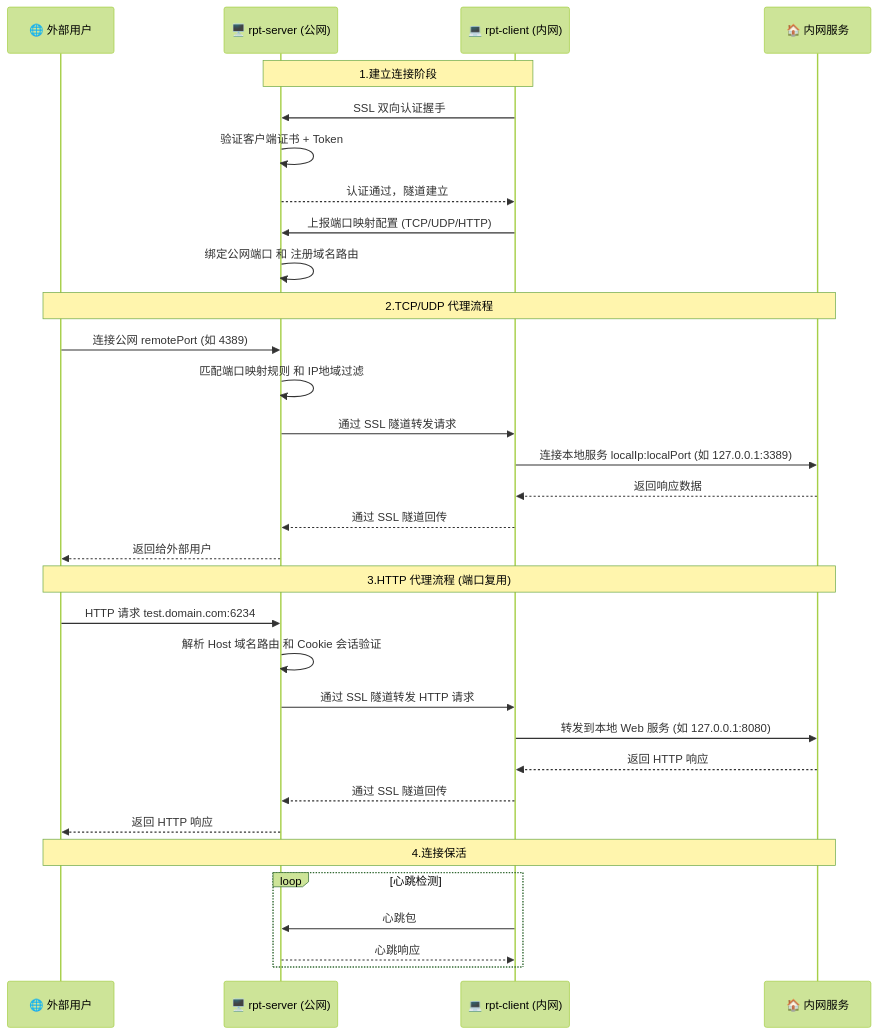
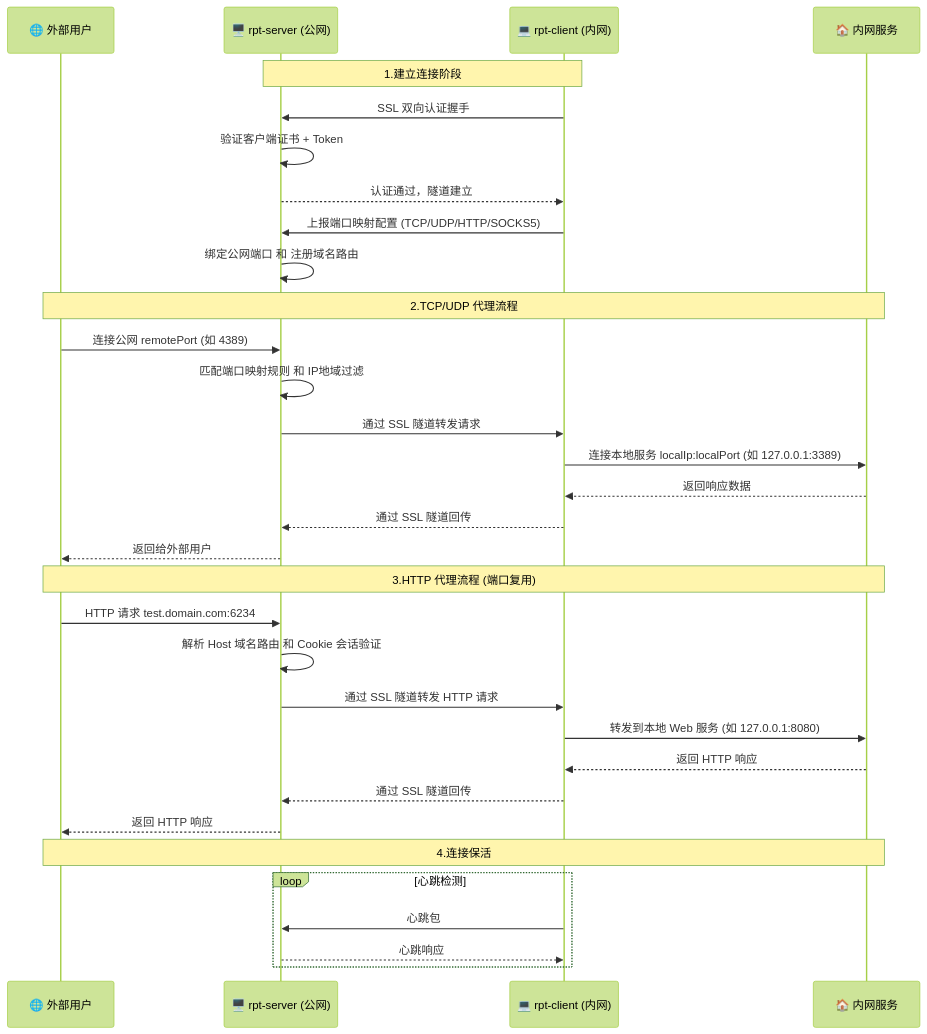
The diagram in README.md (iamlinhui/rpt), drawn with Mermaid (forest theme) before and after one commit. The commit also changed other lines of this file and 15 other files, not shown here.

````diff
--- a/README.md
+++ b/README.md
@@ -45,38 +45,38 @@
 ```mermaid
 sequenceDiagram
     participant U as 🌐 外部用户
     participant S as 🖥️ rpt-server (公网)
     participant C as 💻 rpt-client (内网)
     participant L as 🏠 内网服务
 
     Note over C,S: 1.建立连接阶段
     C->>S: SSL 双向认证握手
     S->>S: 验证客户端证书 + Token
     S-->>C: 认证通过，隧道建立
-    C->>S: 上报端口映射配置 (TCP/UDP/HTTP)
+    C->>S: 上报端口映射配置 (TCP/UDP/HTTP/SOCKS5)
     S->>S: 绑定公网端口 和 注册域名路由
 
     Note over U,L: 2.TCP/UDP 代理流程
     U->>S: 连接公网 remotePort (如 4389)
     S->>S: 匹配端口映射规则 和 IP地域过滤
     S->>C: 通过 SSL 隧道转发请求
     C->>L: 连接本地服务 localIp:localPort (如 127.0.0.1:3389)
     L-->>C: 返回响应数据
     C-->>S: 通过 SSL 隧道回传
     S-->>U: 返回给外部用户
 
     Note over U,L: 3.HTTP 代理流程 (端口复用)
     U->>S: HTTP 请求 test.domain.com:6234
     S->>S: 解析 Host 域名路由 和 Cookie 会话验证
     S->>C: 通过 SSL 隧道转发 HTTP 请求
     C->>L: 转发到本地 Web 服务 (如 127.0.0.1:8080)
     L-->>C: 返回 HTTP 响应
     C-->>S: 通过 SSL 隧道回传
     S-->>U: 返回 HTTP 响应
 
     Note over U,L: 4.连接保活
     loop 心跳检测
         C->>S: 心跳包
         S-->>C: 心跳响应
     end
 ```
````
